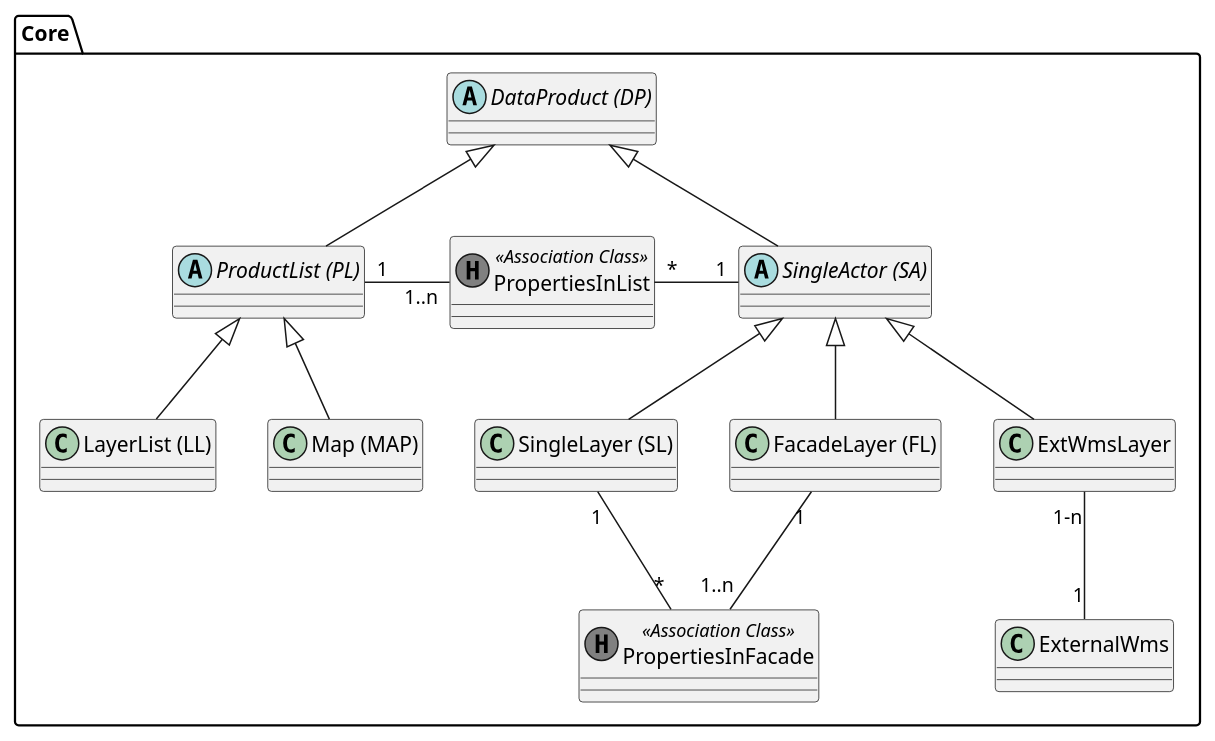
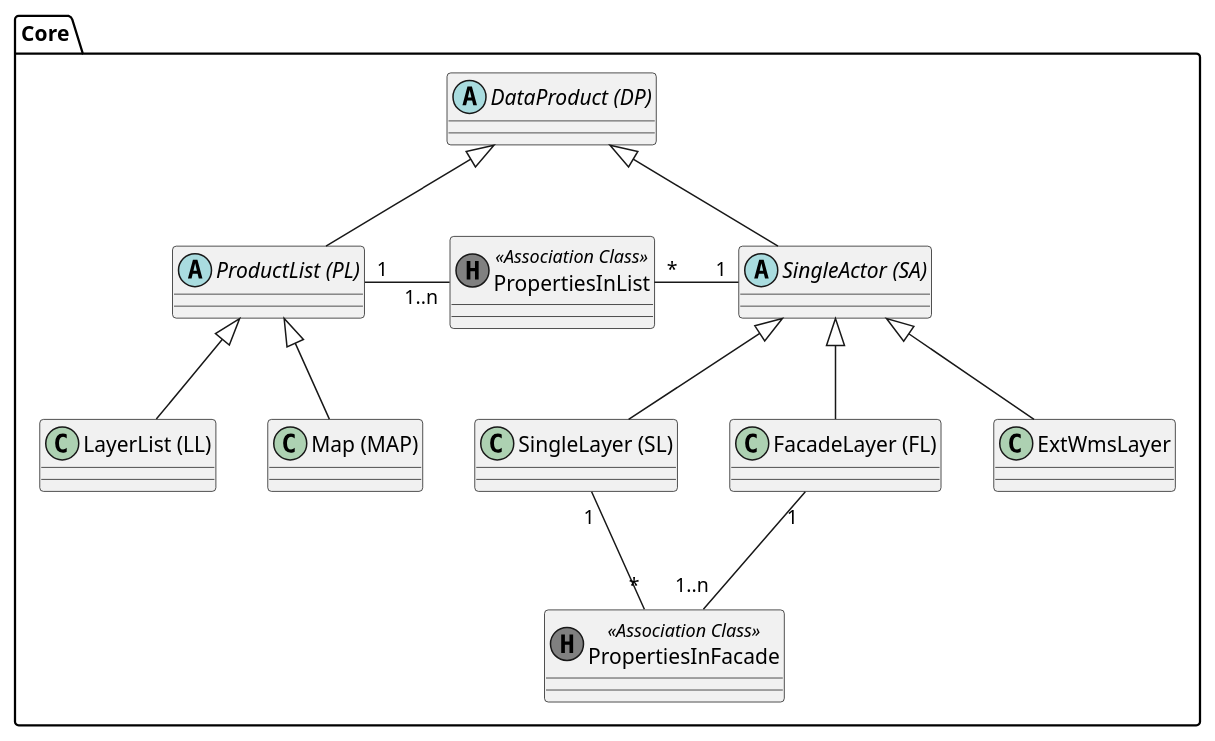
Before and after one commit to simi-so/mm: the diagram in puml/src/simi_core.puml, drawn with PlantUML. The commit also changed 16 other files, not shown here.

```diff
--- a/puml/src/simi_core.puml
+++ b/puml/src/simi_core.puml
@@ -1,37 +1,33 @@
 @startuml
 package Core {
   abstract class "DataProduct (DP)" as dp
 
   abstract class "ProductList (PL)" as pl
   class "LayerList (LL)" as ll
   class "Map (MAP)" as map
 
   abstract class "SingleActor (SA)" as sa
   class "FacadeLayer (FL)" as fl
   class "SingleLayer (SL)" as sl
   class "ExtWmsLayer" as ewl
-
-  class "ExternalWms" as ew
 
   class "PropertiesInFacade" as pif << (H, grey) Association Class >>
   class "PropertiesInList" as pil << (H, grey) Association Class >>
 
   dp <|-- pl
   pl <|-- ll
   pl <|-- map
 
   dp <|-- sa
   sa <|-- sl
   sa <|-- fl
   sa <|-- ewl
 
   pl "1" -right- "1..n" pil : "      "
   pil "*" -right- "1" sa : "      "
 
 
   fl "1" -- "1..n" pif : "      "
   pif "*" -up- "1" sl : "      "
-
-  ewl "1-n" -- "1" ew
 }
 @enduml
```
